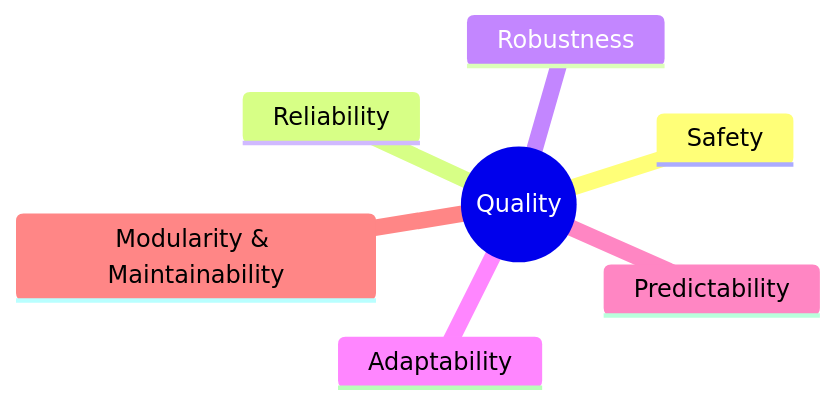
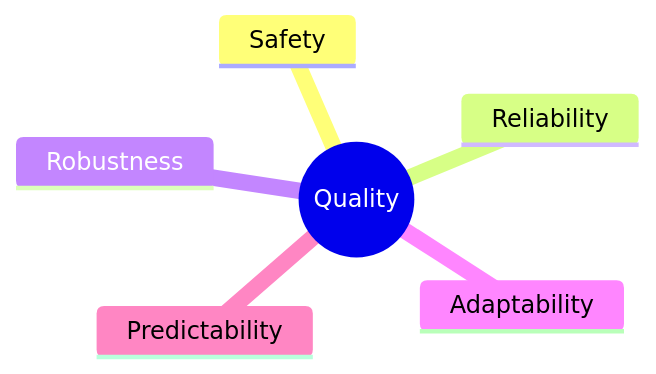
Before and after one commit to una-auxme/arlab: the fifth of 6 diagrams in doc/10. Quality Requirements.md, drawn with Mermaid.

Commit message:
Update 10. Quality Requirements.md

````diff
--- a/doc/10. Quality Requirements.md
+++ b/doc/10. Quality Requirements.md
@@ -117,10 +117,9 @@
 ```mermaid
 mindmap
   root((Quality))
     Safety
     Reliability
     Robustness
     Adaptability
     Predictability
-    Modularity & Maintainability
 ```
````
